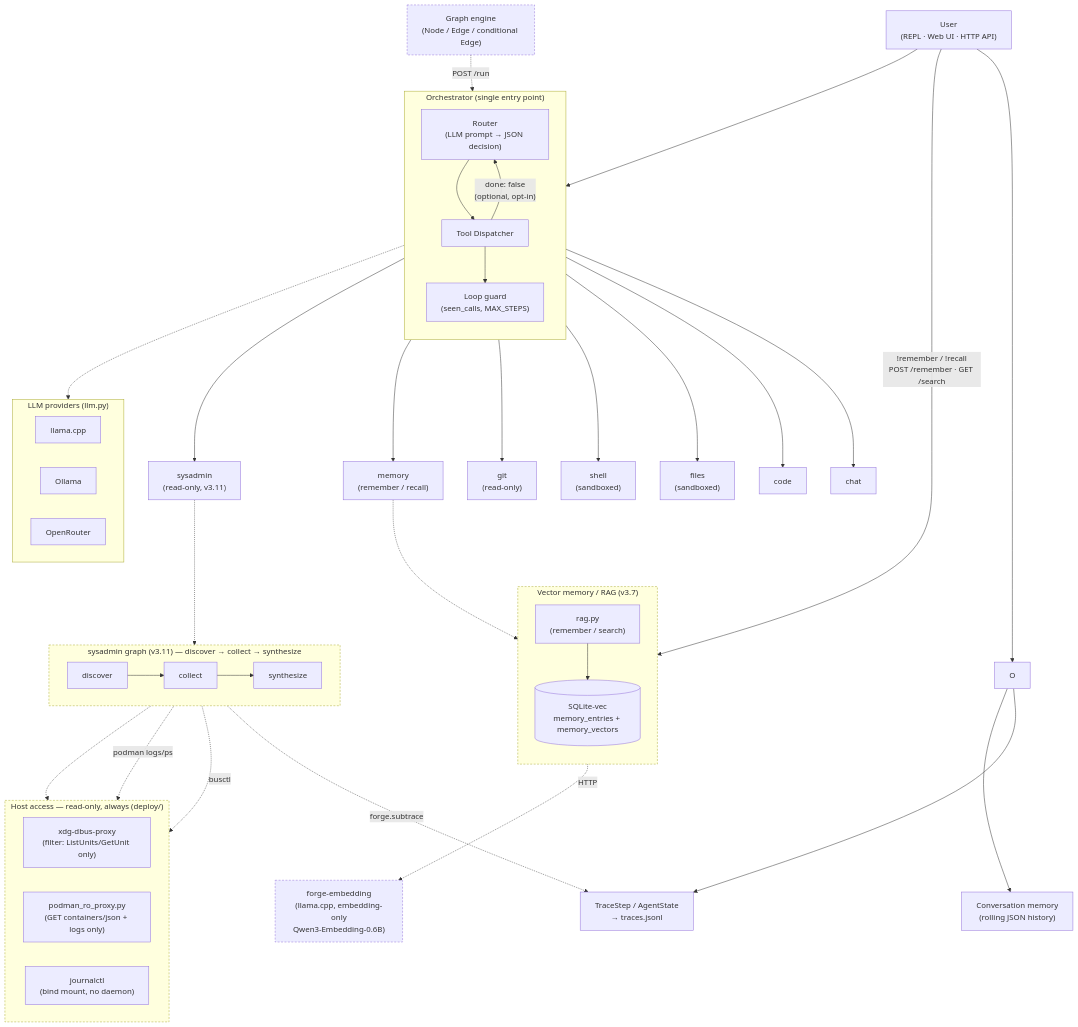
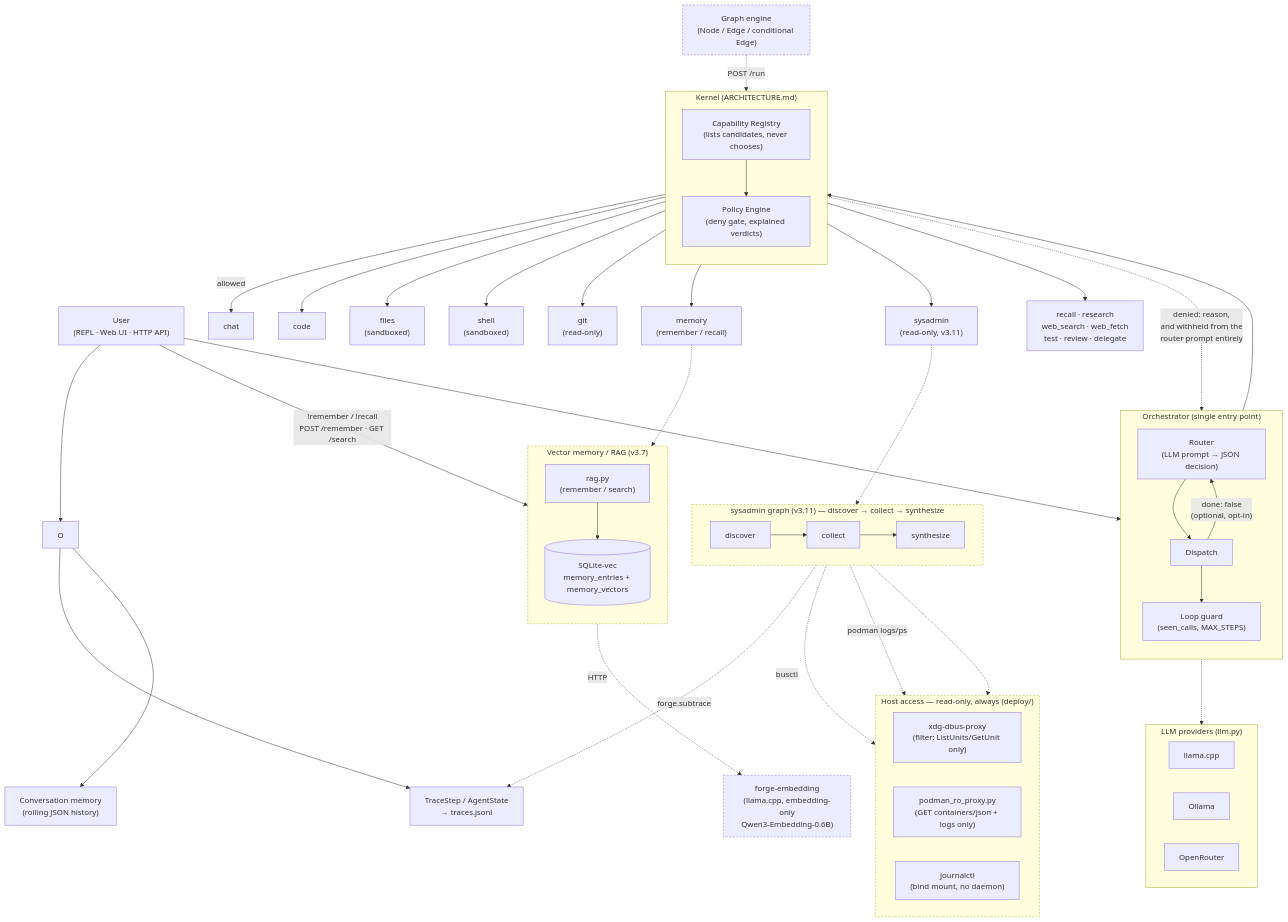
The diagram in README.md (Kurtisone/forge), drawn with Mermaid before and after one commit. The commit also changed other lines of this file, not shown here.

Commit message:
docs(readme): show the capability layer in both diagrams
Both still showed a Tool Dispatcher reaching handlers directly, which
has not been true since dispatch moved behind the registry. The
Mermaid diagram now shows the Registry and the Policy Engine as the
path both the orchestrator and the graph engine take, plus the dashed
edge back to the router that carries the part worth seeing: a denied
capability is not merely refused, it is withheld from the prompt.

The ASCII fallback under it was also three tools out of date.

````diff
--- a/README.md
+++ b/README.md
@@ -49,71 +51,82 @@
 ```mermaid
 flowchart TD
     U["User<br/>(REPL · Web UI · HTTP API)"] --> O
 
     subgraph Orchestrator["Orchestrator (single entry point)"]
         direction TB
         R["Router<br/>(LLM prompt → JSON decision)"]
-        D["Tool Dispatcher"]
+        D["Dispatch"]
         LG["Loop guard<br/>(seen_calls, MAX_STEPS)"]
         R --> D
         D -->|"done: false<br/>(optional, opt-in)"| R
         D --> LG
     end
 
     U --> R
 
-    D --> T1[chat]
-    D --> T2[code]
-    D --> T3["files<br/>(sandboxed)"]
-    D --> T4["shell<br/>(sandboxed)"]
-    D --> T5["git<br/>(read-only)"]
-    D --> T6["memory<br/>(remember / recall)"]
-    D --> T7["sysadmin<br/>(read-only, v3.11)"]
+    subgraph Kernel["Kernel (ARCHITECTURE.md)"]
+        direction TB
+        CR["Capability Registry<br/>(lists candidates, never chooses)"]
+        PE["Policy Engine<br/>(deny gate, explained verdicts)"]
+        CR --> PE
+    end
+
+    D --> CR
+    PE -->|"allowed"| T1[chat]
+    PE --> T2[code]
+    PE --> T3["files<br/>(sandboxed)"]
+    PE --> T4["shell<br/>(sandboxed)"]
+    PE --> T5["git<br/>(read-only)"]
+    PE --> T6["memory<br/>(remember / recall)"]
+    PE --> T7["sysadmin<br/>(read-only, v3.11)"]
+    PE --> T8["recall · research<br/>web_search · web_fetch<br/>test · review · delegate"]
+
+    PE -.->|"denied: reason,<br/>and withheld from the<br/>router prompt entirely"| R
 
     subgraph Providers["LLM providers (llm.py)"]
         direction LR
         P1[llama.cpp]
         P2[Ollama]
         P3[OpenRouter]
     end
     R -.-> Providers
 
     O --> TR["TraceStep / AgentState<br/>→ traces.jsonl"]
     O --> MEM["Conversation memory<br/>(rolling JSON history)"]
 
-    G["Graph engine<br/>(Node / Edge / conditional Edge)"] -.->|POST /run| D
+    G["Graph engine<br/>(Node / Edge / conditional Edge)"] -.->|POST /run| CR
     style G stroke-dasharray: 4 3
 
     subgraph RAG["Vector memory / RAG (v3.7)"]
         direction TB
         RE["rag.py<br/>(remember / search)"]
         VDB[("SQLite-vec<br/>memory_entries + memory_vectors")]
         RE --> VDB
     end
 
     U -->|"!remember / !recall<br/>POST /remember · GET /search"| RE
     T6 -.-> RE
     EMB["forge-embedding<br/>(llama.cpp, embedding-only<br/>Qwen3-Embedding-0.6B)"]
     RE -.->|HTTP| EMB
     style RAG stroke-dasharray: 4 3
     style EMB stroke-dasharray: 4 3
 
     subgraph Sysadmin["sysadmin graph (v3.11) — discover → collect → synthesize"]
         direction LR
         SD[discover] --> SC[collect] --> SS[synthesize]
     end
     T7 -.-> Sysadmin
     Sysadmin -.->|forge.subtrace| TR
     style Sysadmin stroke-dasharray: 4 3
 
     subgraph HostProxies["Host access — read-only, always (deploy/)"]
         direction LR
         DBUS["xdg-dbus-proxy<br/>(filter: ListUnits/GetUnit only)"]
         PODP["podman_ro_proxy.py<br/>(GET containers/json + logs only)"]
         JRNL["journalctl<br/>(bind mount, no daemon)"]
     end
     Sysadmin -.->|busctl| DBUS
     Sysadmin -.->|podman logs/ps| PODP
     Sysadmin -.-> JRNL
     style HostProxies stroke-dasharray: 4 3
 ```
````
